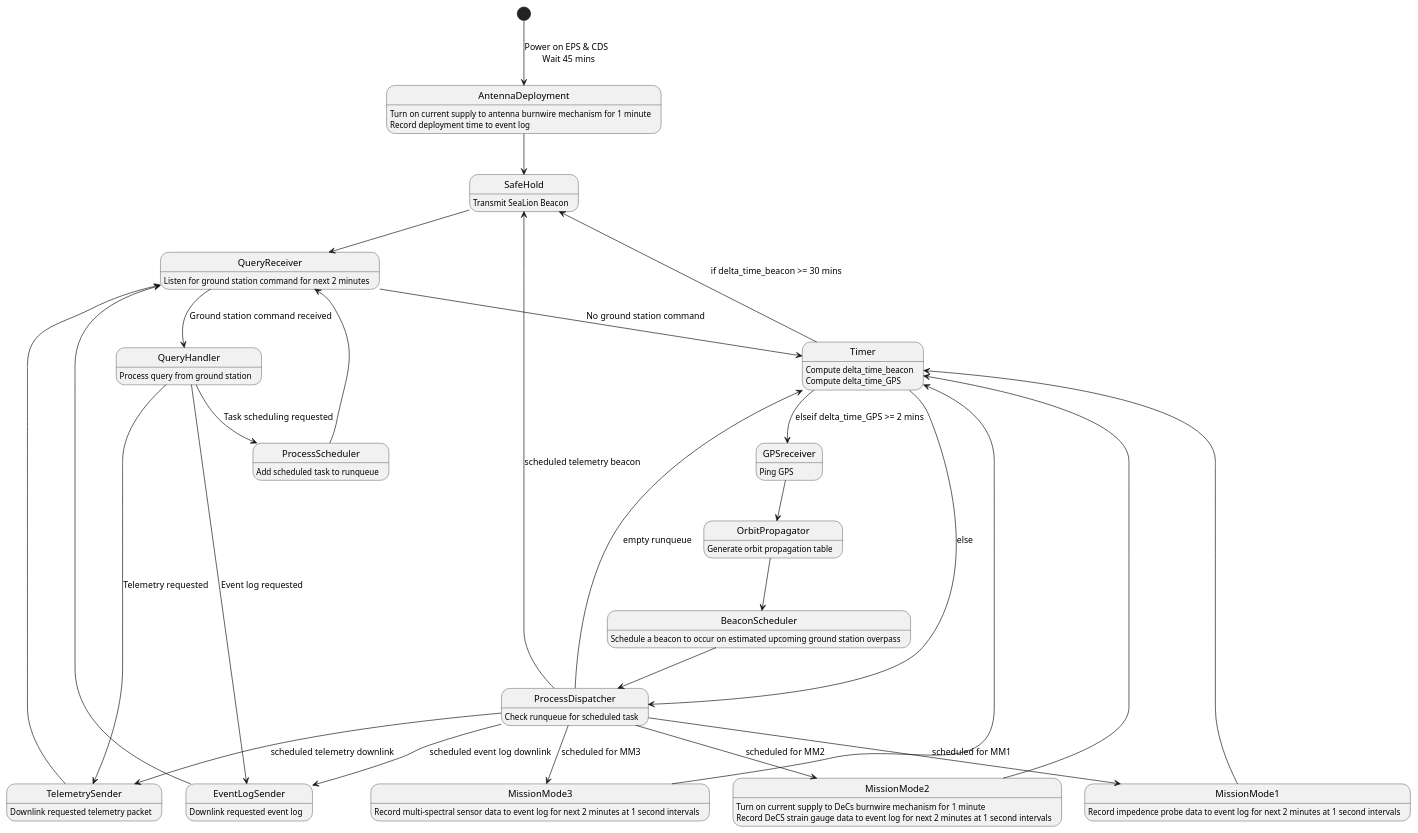
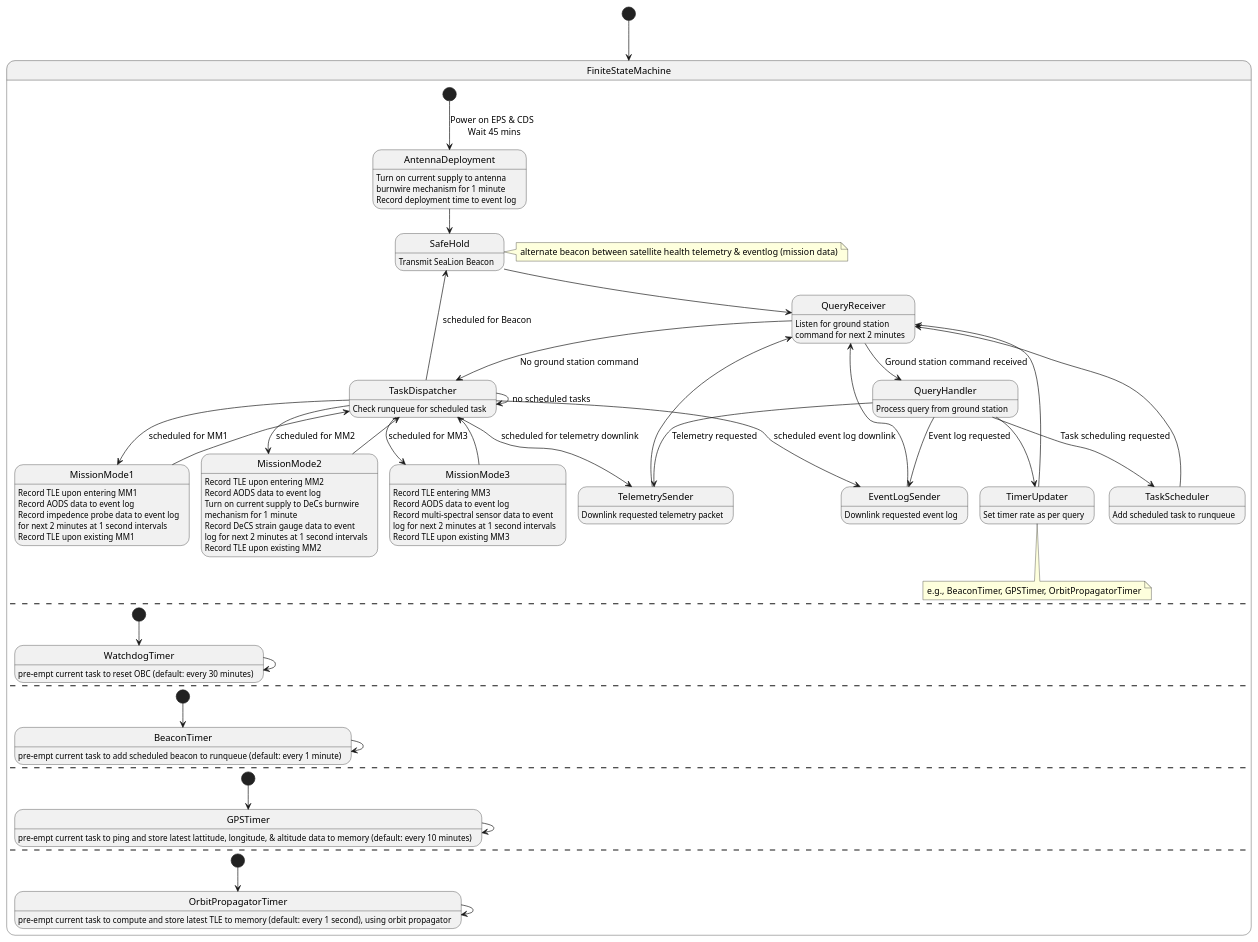
Before and after one commit to capsulecorplab/flight-software: the diagram in operating-mode-as-fsm.puml, drawn with PlantUML. The commit also changed 14 other files, not shown here.

```diff
--- a/operating-mode-as-fsm.puml
+++ b/operating-mode-as-fsm.puml
@@ -1,64 +1,93 @@
 @startuml
 
-state AntennaDeployment
-      AntennaDeployment : Turn on current supply to antenna burnwire mechanism for 1 minute
-      AntennaDeployment : Record deployment time to event log
-state SafeHold
-      SafeHold : Transmit SeaLion Beacon
-state QueryReceiver
-      QueryReceiver : Listen for ground station command for next 2 minutes
-state TelemetrySender
-      TelemetrySender : Downlink requested telemetry packet
-state EventLogSender
-      EventLogSender : Downlink requested event log
-state Timer
-      Timer : Compute delta_time_beacon
-      Timer : Compute delta_time_GPS
-state MissionMode1
-      MissionMode1 : Record impedence probe data to event log for next 2 minutes at 1 second intervals
-state MissionMode2
-      MissionMode2 : Turn on current supply to DeCs burnwire mechanism for 1 minute
-      MissionMode2 : Record DeCS strain gauge data to event log for next 2 minutes at 1 second intervals
-state MissionMode3
-      MissionMode3 : Record multi-spectral sensor data to event log for next 2 minutes at 1 second intervals
-state ProcessDispatcher
-      ProcessDispatcher : Check runqueue for scheduled task
-state OrbitPropagator
-      OrbitPropagator : Generate orbit propagation table
-state BeaconScheduler
-      BeaconScheduler : Schedule a beacon to occur on estimated upcoming ground station overpass
-state GPSreceiver
-      GPSreceiver : Ping GPS
-state QueryHandler
-      QueryHandler : Process query from ground station
-state ProcessScheduler
-      ProcessScheduler : Add scheduled task to runqueue
+[*] --> FiniteStateMachine
+state FiniteStateMachine {
+      state AntennaDeployment
+            AntennaDeployment : Turn on current supply to antenna
+            AntennaDeployment : burnwire mechanism for 1 minute
+            AntennaDeployment : Record deployment time to event log
+      state SafeHold
+            SafeHold : Transmit SeaLion Beacon
+      note right of SafeHold : alternate beacon between satellite health telemetry & eventlog (mission data)
+      state QueryReceiver
+            QueryReceiver : Listen for ground station
+            QueryReceiver : command for next 2 minutes
+      state TelemetrySender
+            TelemetrySender : Downlink requested telemetry packet
+      state EventLogSender
+            EventLogSender : Downlink requested event log
+      state TimerUpdater
+      TimerUpdater : Set timer rate as per query
+      note bottom of TimerUpdater : e.g., BeaconTimer, GPSTimer, OrbitPropagatorTimer
+      state MissionMode1
+            MissionMode1 : Record TLE upon entering MM1
+            MissionMode1 : Record AODS data to event log
+            MissionMode1 : Record impedence probe data to event log
+            MissionMode1 : for next 2 minutes at 1 second intervals
+            MissionMode1 : Record TLE upon existing MM1
+      state MissionMode2
+            MissionMode2 : Record TLE upon entering MM2
+            MissionMode2 : Record AODS data to event log
+            MissionMode2 : Turn on current supply to DeCs burnwire
+            MissionMode2 : mechanism for 1 minute
+            MissionMode2 : Record DeCS strain gauge data to event
+            MissionMode2 : log for next 2 minutes at 1 second intervals
+            MissionMode2 : Record TLE upon existing MM2
+      state MissionMode3
+            MissionMode3 : Record TLE entering MM3
+            MissionMode3 : Record AODS data to event log
+            MissionMode3 : Record multi-spectral sensor data to event
+            MissionMode3 : log for next 2 minutes at 1 second intervals
+            MissionMode3 : Record TLE upon existing MM3
+      state TaskDispatcher
+            TaskDispatcher : Check runqueue for scheduled task
+      state QueryHandler
+            QueryHandler : Process query from ground station
+      state TaskScheduler
+            TaskScheduler : Add scheduled task to runqueue
 
-[*] --> AntennaDeployment : Power on EPS & CDS \n Wait 45 mins
-AntennaDeployment --> SafeHold
-SafeHold --> QueryReceiver
-QueryReceiver --> QueryHandler : Ground station command received
-QueryReceiver --> Timer : No ground station command
-QueryHandler --> TelemetrySender : Telemetry requested
-QueryHandler --> EventLogSender : Event log requested
-QueryHandler --> ProcessScheduler : Task scheduling requested
-TelemetrySender --> QueryReceiver
-EventLogSender --> QueryReceiver
-ProcessScheduler --> QueryReceiver
-MissionMode1 --> Timer
-MissionMode2 --> Timer
-MissionMode3 --> Timer
-GPSreceiver --> OrbitPropagator
-OrbitPropagator --> BeaconScheduler
-BeaconScheduler --> ProcessDispatcher
-Timer --> SafeHold : if delta_time_beacon >= 30 mins
-Timer --> GPSreceiver : elseif delta_time_GPS >= 2 mins
-Timer --> ProcessDispatcher : else
-ProcessDispatcher --> MissionMode1 : scheduled for MM1
-ProcessDispatcher --> MissionMode2 : scheduled for MM2
-ProcessDispatcher --> MissionMode3 : scheduled for MM3
-ProcessDispatcher --> Timer : empty runqueue
-ProcessDispatcher --> EventLogSender : scheduled event log downlink
-ProcessDispatcher --> TelemetrySender : scheduled telemetry downlink
-ProcessDispatcher --> SafeHold : scheduled telemetry beacon
+      [*] --> AntennaDeployment : Power on EPS & CDS \n Wait 45 mins
+      AntennaDeployment --> SafeHold
+      SafeHold --> QueryReceiver
+      QueryReceiver --> QueryHandler : Ground station command received
+      QueryHandler --> TelemetrySender : Telemetry requested
+      QueryHandler --> EventLogSender : Event log requested
+      QueryHandler --> TaskScheduler : Task scheduling requested
+      QueryHandler --> TimerUpdater
+      TimerUpdater --> QueryReceiver
+      TelemetrySender --> QueryReceiver
+      EventLogSender --> QueryReceiver
+      TaskScheduler --> QueryReceiver
+      QueryReceiver --> TaskDispatcher : No ground station command
+      TaskDispatcher --> TaskDispatcher : no scheduled tasks
+      TaskDispatcher --> MissionMode1 : scheduled for MM1
+      TaskDispatcher --> MissionMode2 : scheduled for MM2
+      TaskDispatcher --> MissionMode3 : scheduled for MM3
+      TaskDispatcher --> EventLogSender : scheduled event log downlink
+      TaskDispatcher --> TelemetrySender : scheduled for telemetry downlink
+      TaskDispatcher --> SafeHold : scheduled for Beacon
+      MissionMode1 --> TaskDispatcher
+      MissionMode2 --> TaskDispatcher
+      MissionMode3 --> TaskDispatcher
+      --
+      state WatchdogTimer
+            WatchdogTimer : pre-empt current task to reset OBC (default: every 30 minutes)
+      [*] --> WatchdogTimer
+      WatchdogTimer --> WatchdogTimer
+      --
+      state BeaconTimer
+            BeaconTimer : pre-empt current task to add scheduled beacon to runqueue (default: every 1 minute)
+      [*] --> BeaconTimer
+      BeaconTimer --> BeaconTimer
+      --
+      state GPSTimer
+            GPSTimer : pre-empt current task to ping and store latest lattitude, longitude, & altitude data to memory (default: every 10 minutes)
+      [*] --> GPSTimer
+      GPSTimer --> GPSTimer
+      --
+      state OrbitPropagatorTimer
+            OrbitPropagatorTimer : pre-empt current task to compute and store latest TLE to memory (default: every 1 second), using orbit propagator
+      [*] --> OrbitPropagatorTimer
+      OrbitPropagatorTimer --> OrbitPropagatorTimer
+}
 @enduml
```
